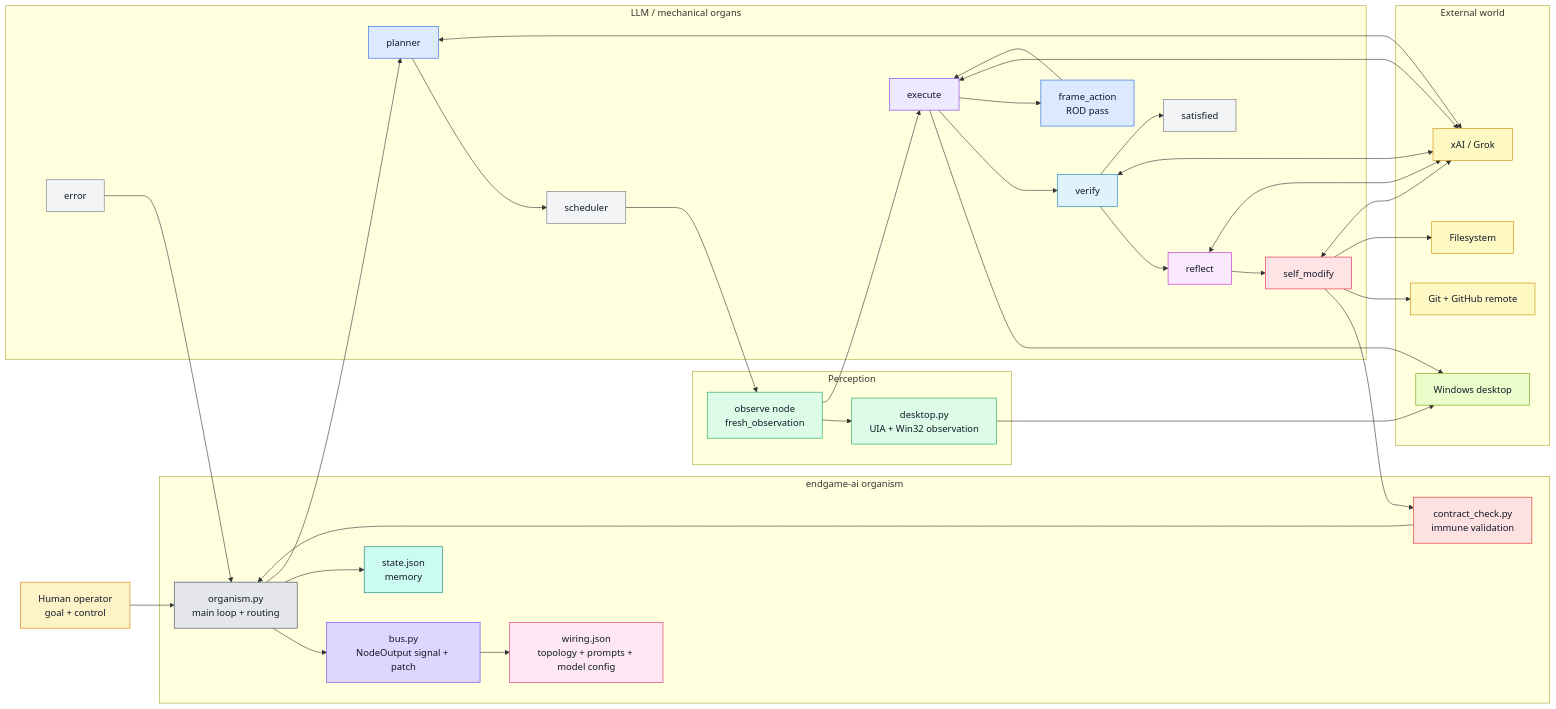
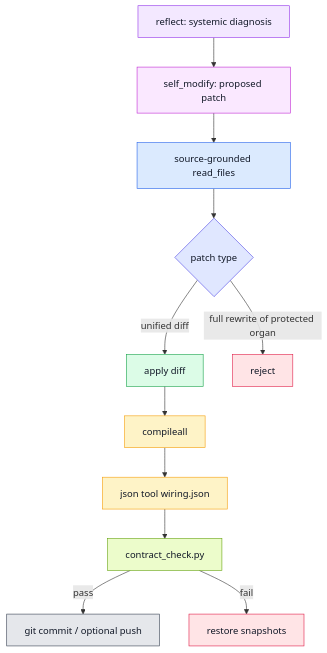
One commit to wgabrys88/endgame-ai changed the second of 4 diagrams in README.md. Above: the diagram before and after it, drawn with Mermaid. The commit also changed other lines of this file, not shown here.

Commit message:
Notepad OK Immune System applied

````diff
--- a/README.md
+++ b/README.md
@@ -142,76 +175,23 @@
 ```mermaid
-flowchart LR
-    Human[Human operator<br/>goal + control]:::human
+flowchart TD
+    Diagnosis["reflect: systemic diagnosis"]:::reflect --> Proposal["self_modify: proposed patch"]:::firmware
+    Proposal --> Source["source-grounded read_files"]:::source
+    Source --> PatchType{"patch type"}:::logic
+    PatchType -->|unified diff| Diff["apply diff"]:::ok
+    PatchType -->|full rewrite of protected organ| Reject["reject"]:::danger
+    Diff --> Compile["compileall"]:::check
+    Compile --> Json["json tool wiring.json"]:::check
+    Json --> Contract["contract_check.py"]:::immune
+    Contract -->|pass| Commit["git commit / optional push"]:::git
+    Contract -->|fail| Restore["restore snapshots"]:::danger
 
-    subgraph Org[endgame-ai organism]
-        Loop[organism.py<br/>main loop + routing]:::core
-        Bus[bus.py<br/>NodeOutput signal + patch]:::bus
-        Wiring[wiring.json<br/>topology + prompts + model config]:::wiring
-        State[state.json<br/>memory]:::memory
-        Check[contract_check.py<br/>immune validation]:::immune
-    end
-
-    subgraph Sensors[Perception]
-        Desktop[desktop.py<br/>UIA + Win32 observation]:::sense
-        Obs[observe node<br/>fresh_observation]:::sense
-    end
-
-    subgraph Organs[LLM / mechanical organs]
-        Plan[planner]:::brain
-        Sched[scheduler]:::mech
-        Exec[execute]:::body
-        Frame[frame_action<br/>ROD pass]:::brain
-        Verify[verify]:::verify
-        Reflect[reflect]:::reflect
-        Modify[self_modify]:::evolve
-        Done[satisfied]:::mech
-        Err[error]:::mech
-    end
-
-    subgraph World[External world]
-        Win[Windows desktop]:::world
-        Grok[xAI / Grok]:::external
-        Git[Git + GitHub remote]:::external
-        FS[Filesystem]:::external
-    end
-
-    Human --> Loop
-    Loop --> Bus
-    Bus --> Wiring
-    Loop --> State
-    Loop --> Plan
-    Plan --> Sched --> Obs --> Desktop --> Win
-    Obs --> Exec
-    Exec --> Win
-    Exec --> Verify
-    Exec --> Frame --> Exec
-    Verify --> Reflect
-    Reflect --> Modify
-    Modify --> Check
-    Modify --> Git
-    Modify --> FS
-    Plan <--> Grok
-    Exec <--> Grok
-    Verify <--> Grok
-    Reflect <--> Grok
-    Modify <--> Grok
-    Check --> Loop
-    Verify --> Done
-    Err --> Loop
-
-    classDef human fill:#fef3c7,stroke:#d97706,color:#111827;
-    classDef core fill:#e5e7eb,stroke:#374151,color:#111827;
-    classDef bus fill:#ddd6fe,stroke:#7c3aed,color:#111827;
-    classDef wiring fill:#fce7f3,stroke:#db2777,color:#111827;
-    classDef memory fill:#ccfbf1,stroke:#0f766e,color:#111827;
-    classDef immune fill:#fee2e2,stroke:#dc2626,color:#111827;
-    classDef sense fill:#dcfce7,stroke:#16a34a,color:#111827;
-    classDef brain fill:#dbeafe,stroke:#2563eb,color:#111827;
-    classDef mech fill:#f3f4f6,stroke:#6b7280,color:#111827;
-    classDef body fill:#ede9fe,stroke:#7c3aed,color:#111827;
-    classDef verify fill:#e0f2fe,stroke:#0284c7,color:#111827;
-    classDef reflect fill:#fae8ff,stroke:#c026d3,color:#111827;
-    classDef evolve fill:#ffe4e6,stroke:#e11d48,color:#111827;
-    classDef world fill:#ecfccb,stroke:#65a30d,color:#111827;
-    classDef external fill:#fef9c3,stroke:#ca8a04,color:#111827;
+    classDef reflect fill:#f3e8ff,stroke:#9333ea,color:#111827;
+    classDef firmware fill:#fae8ff,stroke:#c026d3,color:#111827;
+    classDef source fill:#dbeafe,stroke:#2563eb,color:#111827;
+    classDef logic fill:#e0e7ff,stroke:#4f46e5,color:#111827;
+    classDef ok fill:#dcfce7,stroke:#16a34a,color:#111827;
+    classDef check fill:#fef3c7,stroke:#f59e0b,color:#111827;
+    classDef immune fill:#ecfccb,stroke:#65a30d,color:#111827;
+    classDef git fill:#e5e7eb,stroke:#374151,color:#111827;
+    classDef danger fill:#ffe4e6,stroke:#e11d48,color:#111827;
 ```
````
